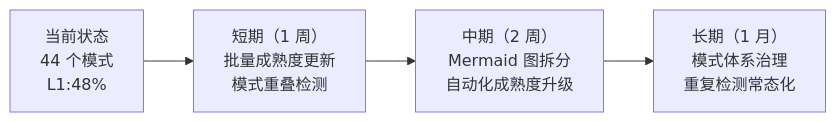
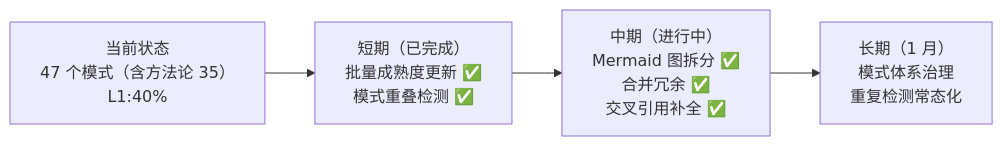
The diagram in docs/retrospective/reports/retrospective-entry-detail-migration-20260624/export-suggestions.md (xinetzone/SpecWeave), drawn with Mermaid before and after one commit. The commit also changed other lines of this file and 2 other files, not shown here.

````diff
--- a/docs/retrospective/reports/retrospective-entry-detail-migration-20260624/export-suggestions.md
+++ b/docs/retrospective/reports/retrospective-entry-detail-migration-20260624/export-suggestions.md
@@ -42,6 +110,6 @@
 ```mermaid
 flowchart LR
-    A["当前状态<br/>44 个模式<br/>L1:48%"] --> B["短期（1 周）<br/>批量成熟度更新<br/>模式重叠检测"]
-    B --> C["中期（2 周）<br/>Mermaid 图拆分<br/>自动化成熟度升级"]
+    A["当前状态<br/>47 个模式（含方法论 35）<br/>L1:40%"] --> B["短期（已完成）<br/>批量成熟度更新 ✅<br/>模式重叠检测 ✅"]
+    B --> C["中期（进行中）<br/>Mermaid 图拆分 ✅<br/>合并冗余 ✅<br/>交叉引用补全 ✅"]
     C --> D["长期（1 月）<br/>模式体系治理<br/>重复检测常态化"]
 ```
````
